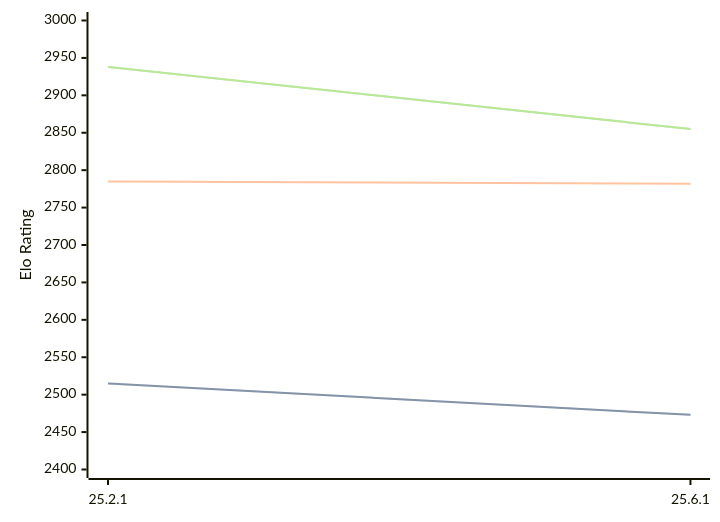
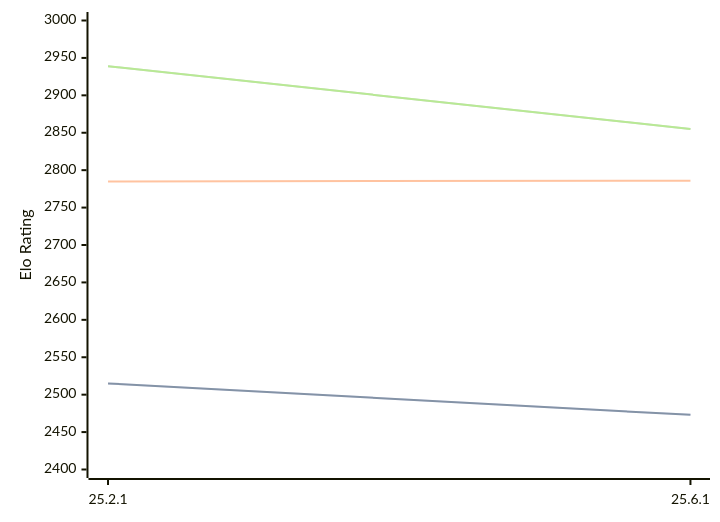
The diagram in engines/Crafty.md (computer-chess-index/cci), drawn with Mermaid before and after one commit. The commit also changed other lines of this file, not shown here.

Commit message:
Update CCI Ratings (ELO VLTC) - 2026-10-07

````diff
--- a/engines/Crafty.md
+++ b/engines/Crafty.md
@@ -32,11 +32,11 @@
 ```mermaid
 %%{init: {"theme":"base","themeVariables":{"seriesColors:['#a3a3a3','#222221','#faa371']}}}%%
 xychart-beta
   x-axis ["25.2.1", "25.6.1"]
   y-axis "Elo Rating" 2400 --> 3000
   line "" [2515, 2473]
   line "STC (8.0+0.08s)" [2515, 2473]
-  line "LTC (60.0+0.60s)" [2785, 2782]
-  line "" [2938, 2855]
-  line "VLTC (2m24s+1.12s)" [2938, 2855]
+  line "LTC (60.0+0.60s)" [2785, 2786]
+  line "" [2939, 2855]
+  line "VLTC (2m24s+1.12s)" [2939, 2855]
 ```
````
